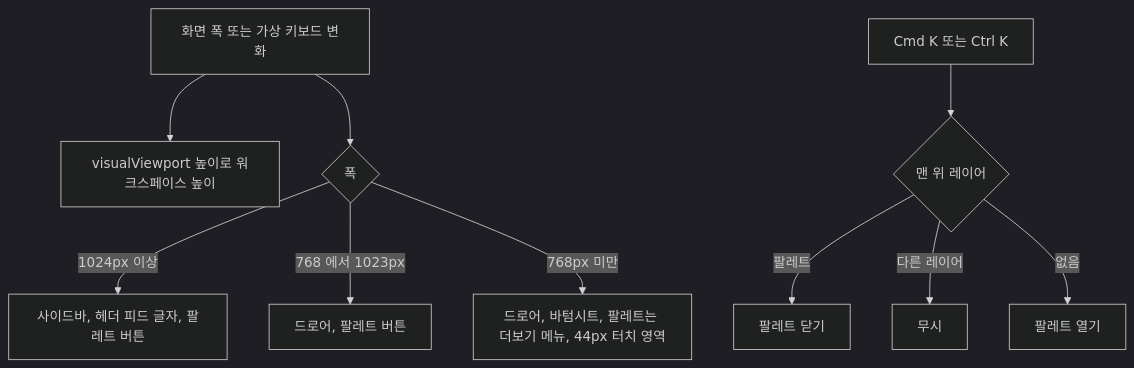
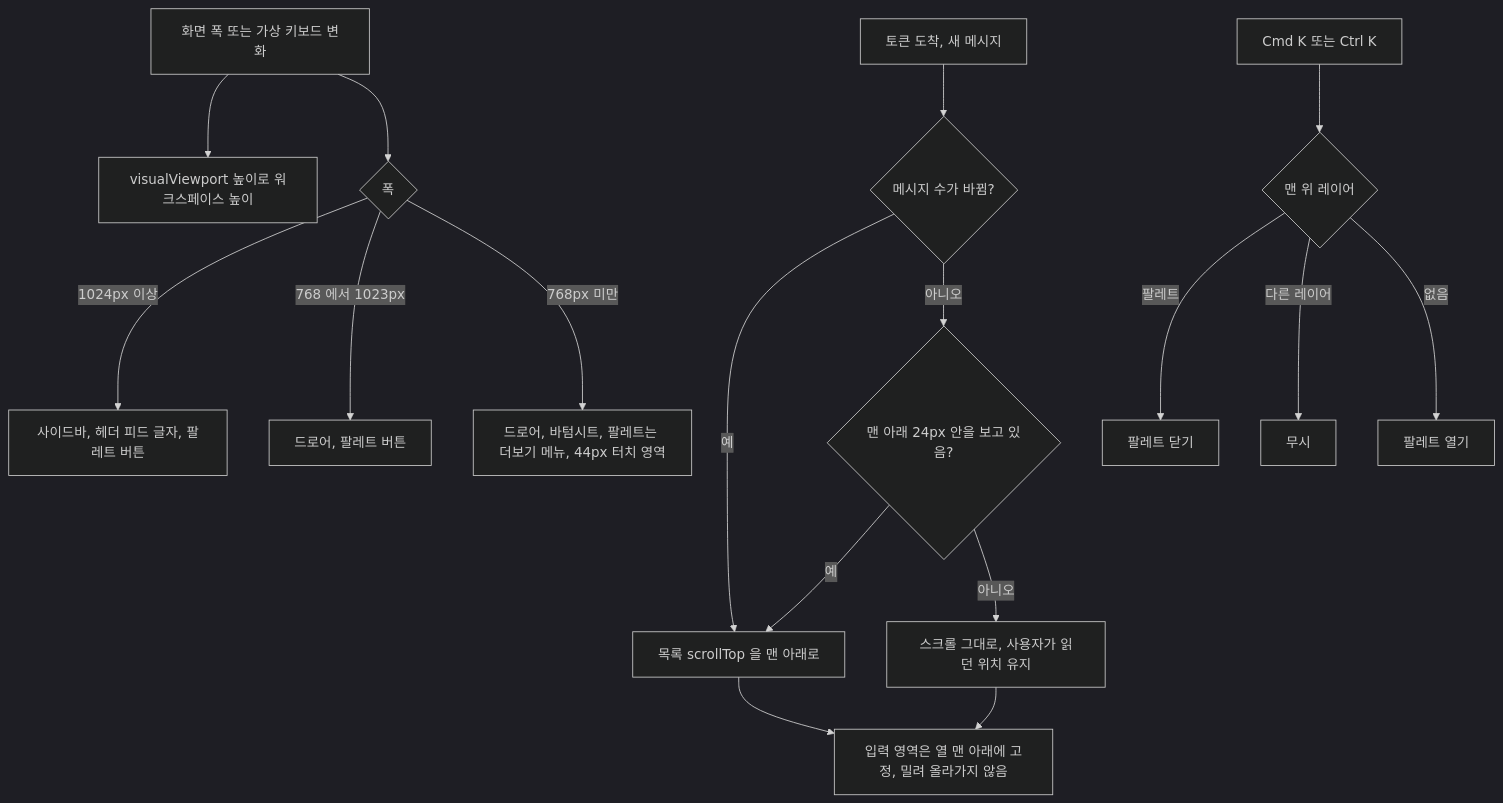
Before and after one commit to ozplayground/agent-lens: diagram 26 of 27 in docs/spec-writer/fsd/02_AI_CHAT_SPECIFICATION.md, drawn with Mermaid (dark theme). The commit also changed other lines of this file and 216 other files, not shown here.

````diff
--- a/docs/spec-writer/fsd/02_AI_CHAT_SPECIFICATION.md
+++ b/docs/spec-writer/fsd/02_AI_CHAT_SPECIFICATION.md
@@ -1916,12 +1923,19 @@
 ```mermaid
 flowchart TD
     A["화면 폭 또는 가상 키보드 변화"] --> B["visualViewport 높이로 워크스페이스 높이"]
+    S["토큰 도착, 새 메시지"] --> S1{"메시지 수가 바뀜?"}
+    S1 -->|예| S3["목록 scrollTop 을 맨 아래로"]
+    S1 -->|아니오| S2{"맨 아래 24px 안을 보고 있음?"}
+    S2 -->|예| S3
+    S2 -->|아니오| S4["스크롤 그대로, 사용자가 읽던 위치 유지"]
+    S3 --> S5["입력 영역은 열 맨 아래에 고정, 밀려 올라가지 않음"]
+    S4 --> S5
     A --> C{"폭"}
     C -->|1024px 이상| D["사이드바, 헤더 피드 글자, 팔레트 버튼"]
     C -->|768 에서 1023px| E["드로어, 팔레트 버튼"]
     C -->|768px 미만| F["드로어, 바텀시트, 팔레트는 더보기 메뉴, 44px 터치 영역"]
     G["Cmd K 또는 Ctrl K"] --> H{"맨 위 레이어"}
     H -->|팔레트| I["팔레트 닫기"]
     H -->|다른 레이어| J["무시"]
     H -->|없음| K["팔레트 열기"]
 ```
````
